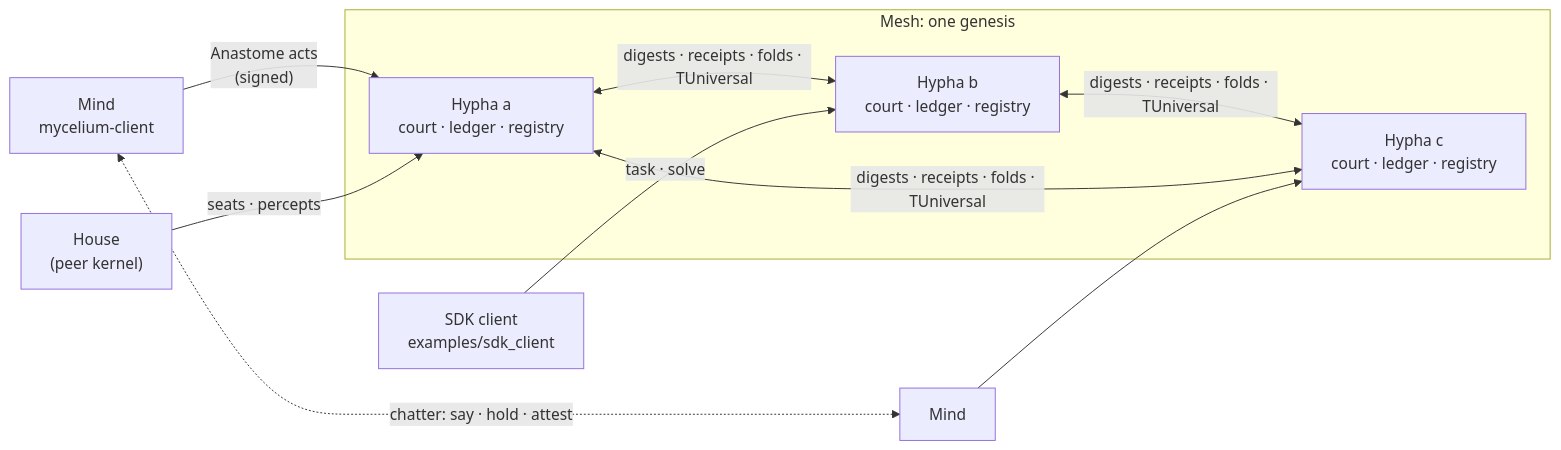
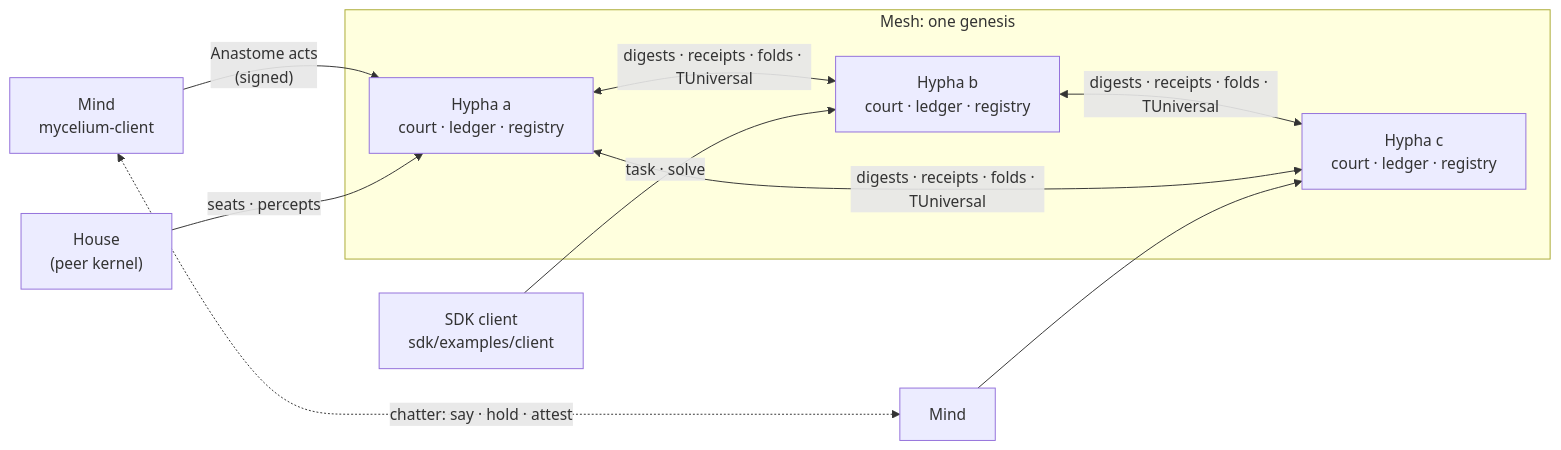
One commit to SAIOS-SAMN/mycelium changed the first of 2 diagrams in README.md. Above: the diagram before and after it, drawn with Mermaid. The commit also changed other lines of this file and 47 other files, not shown here.

First line of the commit message:
Publish the client surface as the mycelium-sdk crate

````diff
--- a/README.md
+++ b/README.md
@@ -181,16 +181,16 @@
 ```mermaid
 flowchart LR
     subgraph mesh["Mesh: one genesis"]
         A["Hypha a<br/>court · ledger · registry"]
         B["Hypha b<br/>court · ledger · registry"]
         C["Hypha c<br/>court · ledger · registry"]
         A <-- "digests · receipts · folds · TUniversal" --> B
         B <-- "digests · receipts · folds · TUniversal" --> C
         A <-- "digests · receipts · folds · TUniversal" --> C
     end
     M1["Mind<br/>mycelium-client"] -- "Anastome acts<br/>(signed)" --> A
-    M2["SDK client<br/>examples/sdk_client"] -- "task · solve" --> B
+    M2["SDK client<br/>sdk/examples/client"] -- "task · solve" --> B
     M1 <-. "chatter: say · hold · attest" .-> M3["Mind"]
     M3 --> C
     H["House<br/>(peer kernel)"] -- "seats · percepts" --> A
 ```
````
